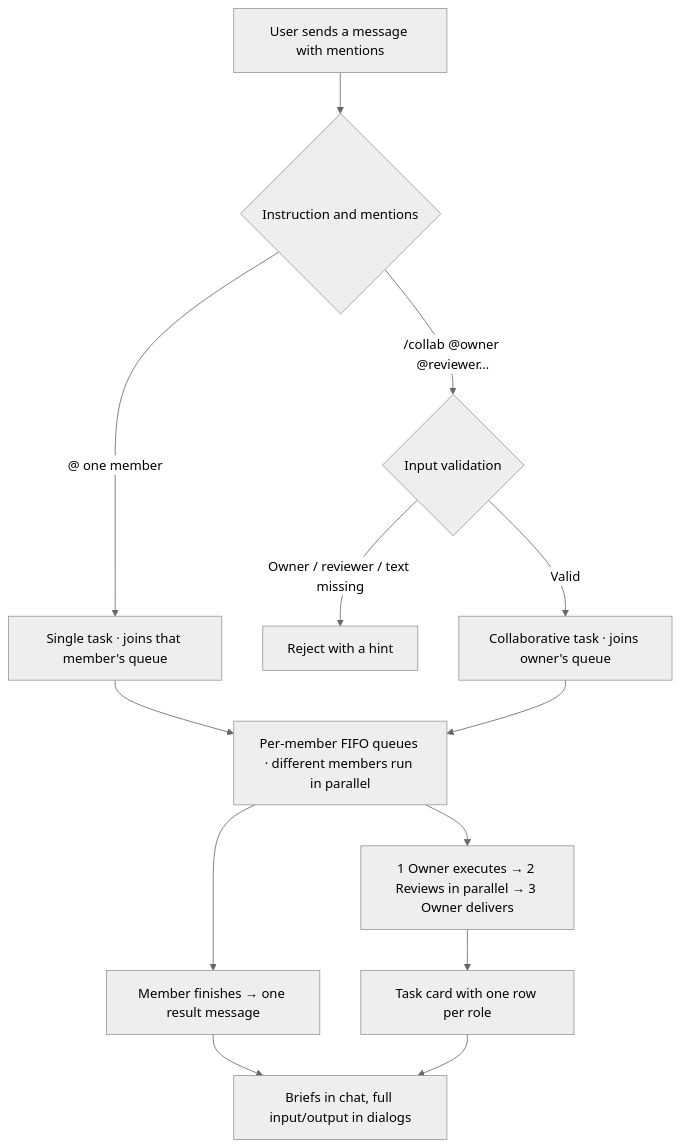
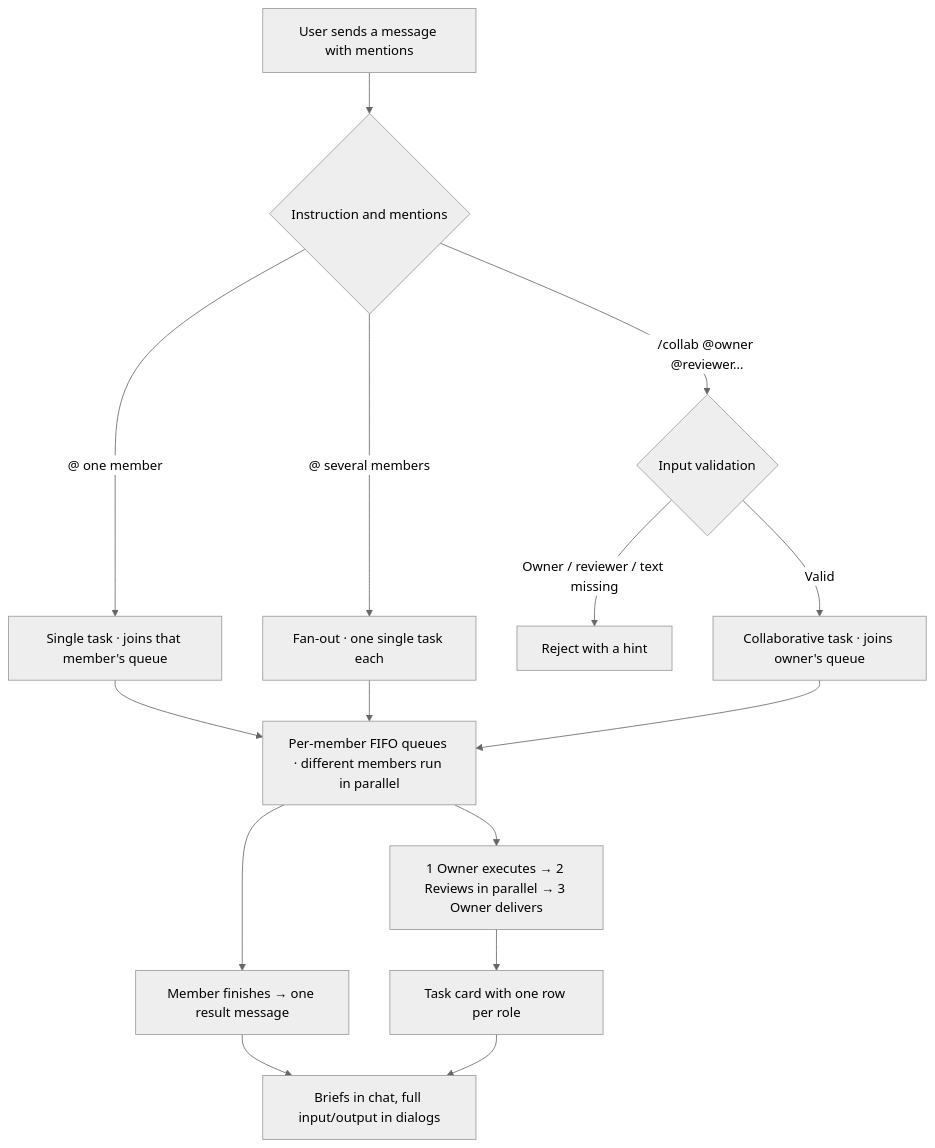
One commit to BinaryAlan/ai-atelier changed the diagram in README.md. Above: the diagram before and after it, drawn with Mermaid (neutral theme). The commit also changed other lines of this file and 17 other files, not shown here.

````diff
--- a/README.md
+++ b/README.md
@@ -115,15 +118,17 @@
 ```mermaid
 flowchart TD
     U["User sends a message with mentions"] --> T{Instruction and mentions}
     T -->|"@ one member"| S["Single task · joins that member's queue"]
+    T -->|"@ several members"| F["Fan-out · one single task each"]
     T -->|"/collab @owner @reviewer…"| C{Input validation}
     C -->|"Owner / reviewer / text missing"| CE["Reject with a hint"]
     C -->|Valid| CQ["Collaborative task · joins owner's queue"]
     S --> Q["Per-member FIFO queues · different members run in parallel"]
+    F --> Q
     CQ --> Q
     Q --> S1["Member finishes → one result message"]
     Q --> C1["1 Owner executes → 2 Reviews in parallel → 3 Owner delivers"]
     S1 --> V["Briefs in chat, full input/output in dialogs"]
     C1 --> K["Task card with one row per role"]
     K --> V
 ```
````
